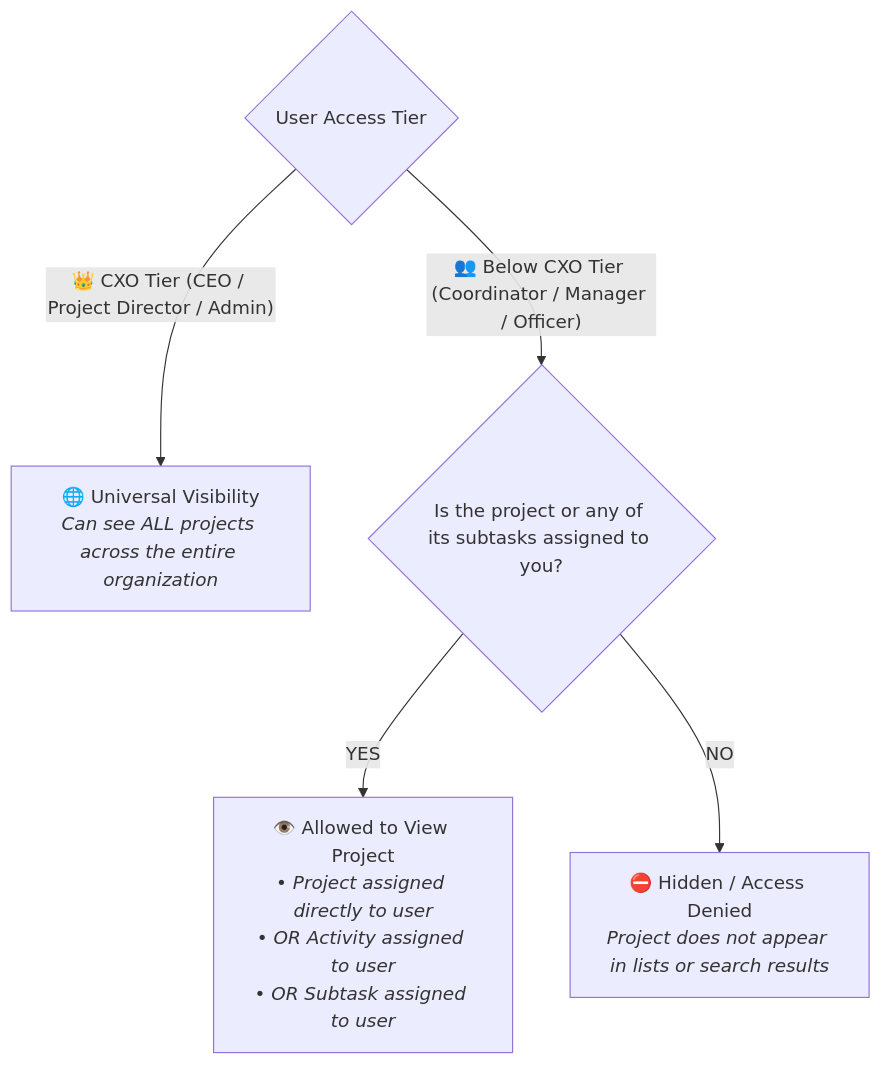
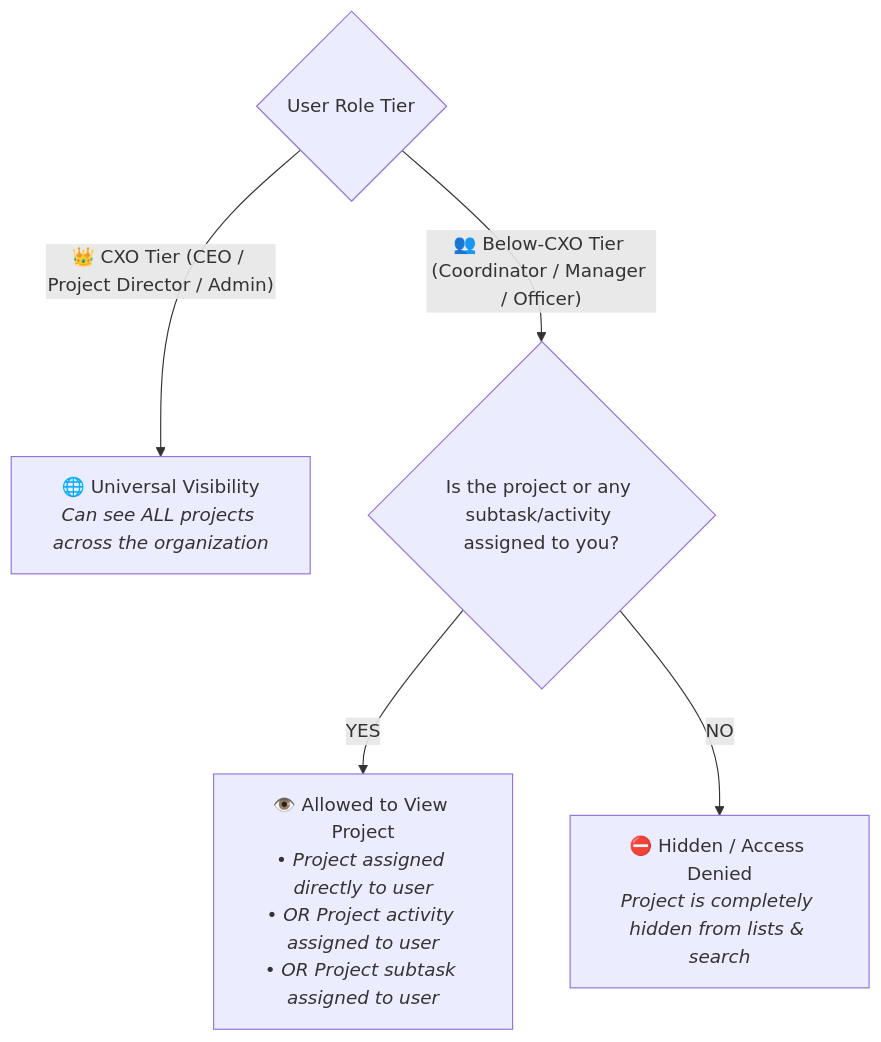
Before and after one commit to Krushi-Vikas/krushi-vikas: the first of 5 diagrams in docs/PROJECT_FLOW_USER_JOURNEY.md, drawn with Mermaid. The commit also changed other lines of this file and 14 other files, not shown here.

Commit message:
docs: update project flow user journey with role-by-role walkthroughs and screenshots

````diff
--- a/docs/PROJECT_FLOW_USER_JOURNEY.md
+++ b/docs/PROJECT_FLOW_USER_JOURNEY.md
@@ -11,11 +13,11 @@
 ```mermaid
 flowchart TD
-    USER{"User Access Tier"}
+    ROLE{"User Role Tier"}
     
-    USER -->|"👑 CXO Tier (CEO / Project Director / Admin)"| ALL["🌐 Universal Visibility<br/><i>Can see ALL projects across the entire organization</i>"]
+    ROLE -->|"👑 CXO Tier (CEO / Project Director / Admin)"| ALL["🌐 Universal Visibility<br/><i>Can see ALL projects across the organization</i>"]
     
-    USER -->|"👥 Below CXO Tier (Coordinator / Manager / Officer)"| CHECK{"Is the project or any of its subtasks assigned to you?"}
+    ROLE -->|"👥 Below-CXO Tier (Coordinator / Manager / Officer)"| CHECK{"Is the project or any subtask/activity assigned to you?"}
     
-    CHECK -->|"YES"| VIEW["👁️ Allowed to View Project<br/><i>• Project assigned directly to user<br/>• OR Activity assigned to user<br/>• OR Subtask assigned to user</i>"]
-    CHECK -->|"NO"| HIDE["⛔ Hidden / Access Denied<br/><i>Project does not appear in lists or search results</i>"]
+    CHECK -->|"YES"| VIEW["👁️ Allowed to View Project<br/><i>• Project assigned directly to user<br/>• OR Project activity assigned to user<br/>• OR Project subtask assigned to user</i>"]
+    CHECK -->|"NO"| HIDE["⛔ Hidden / Access Denied<br/><i>Project is completely hidden from lists & search</i>"]
 ```
````
